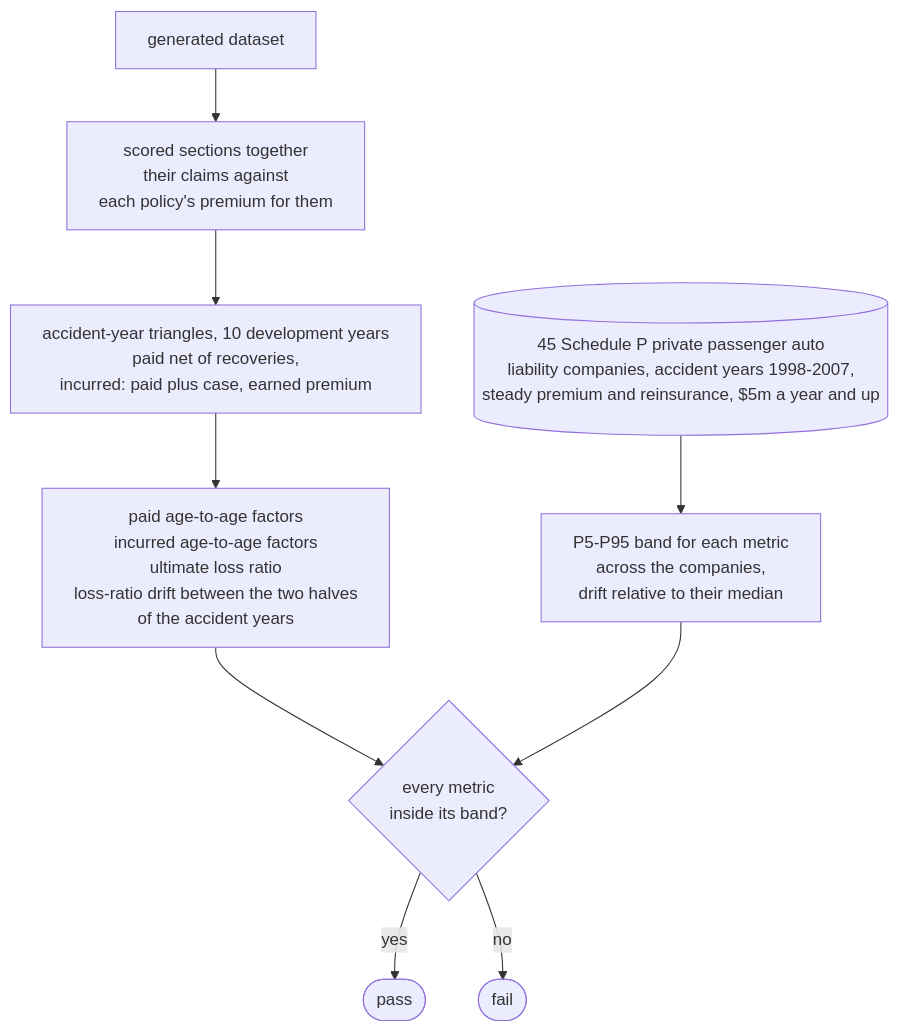
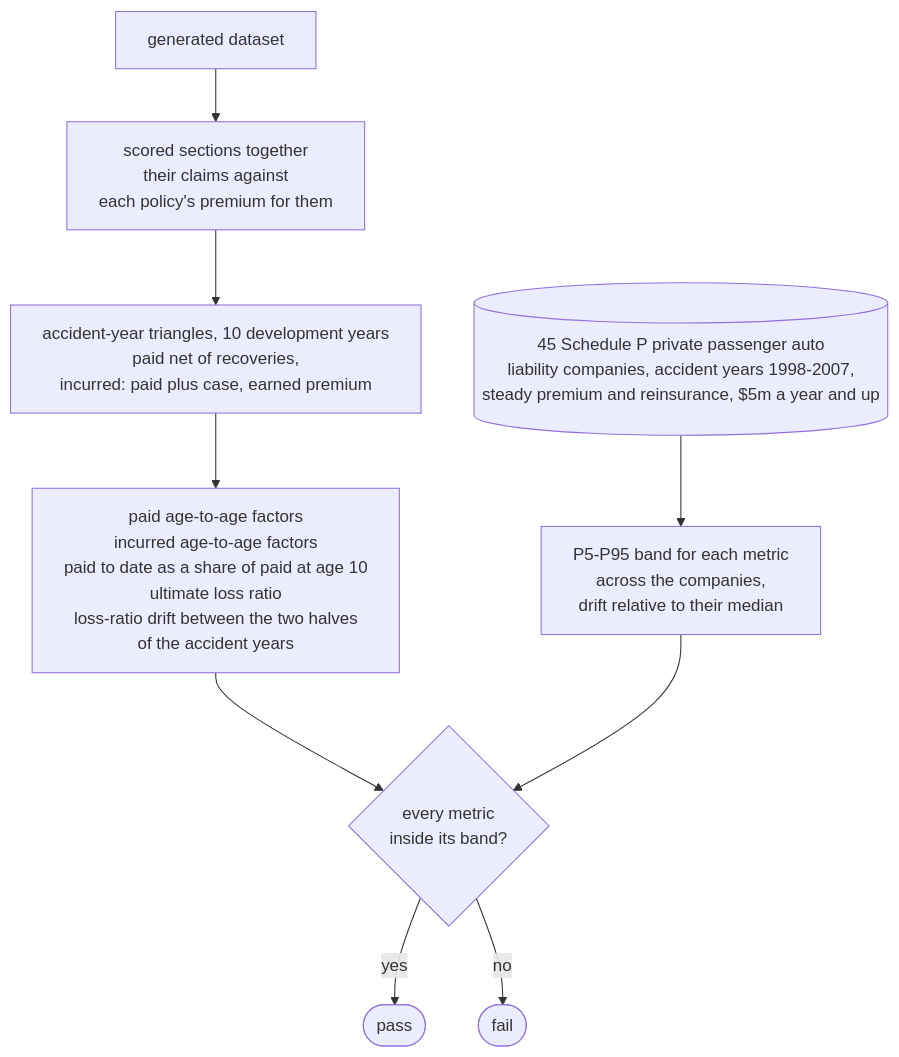
Before and after one commit to le-marais/claims-data-generator: the tenth of 10 diagrams in README.md, drawn with Mermaid. The commit also changed other lines of this file and 14 other files, not shown here.

Commit message:
Score paid to date as a share of paid at age 10, and close MR-16 and MR-17

````diff
--- a/README.md
+++ b/README.md
@@ -384,17 +384,17 @@
 ```mermaid
 %%{init: {"flowchart": {"wrappingWidth": 480}}}%%
 flowchart TD
     dataset["generated dataset"]
     section["scored sections together<br/>their claims against<br/>each policy's premium for them"]
     triangles["accident-year triangles, 10 development years<br/>paid net of recoveries,<br/>incurred: paid plus case, earned premium"]
-    metrics["paid age-to-age factors<br/>incurred age-to-age factors<br/>ultimate loss ratio<br/>loss-ratio drift between the two halves<br/>of the accident years"]
+    metrics["paid age-to-age factors<br/>incurred age-to-age factors<br/>paid to date as a share of paid at age 10<br/>ultimate loss ratio<br/>loss-ratio drift between the two halves<br/>of the accident years"]
     references[("45 Schedule P private passenger auto<br/>liability companies, accident years 1998-2007,<br/>steady premium and reinsurance, $5m a year and up")]
     bands["P5-P95 band for each metric<br/>across the companies,<br/>drift relative to their median"]
     verdict{"every metric<br/>inside its band?"}
     pass(["pass"])
     fail(["fail"])
     dataset --> section --> triangles --> metrics --> verdict
     references --> bands --> verdict
     verdict -- "yes" --> pass
     verdict -- "no" --> fail
 ```
````
